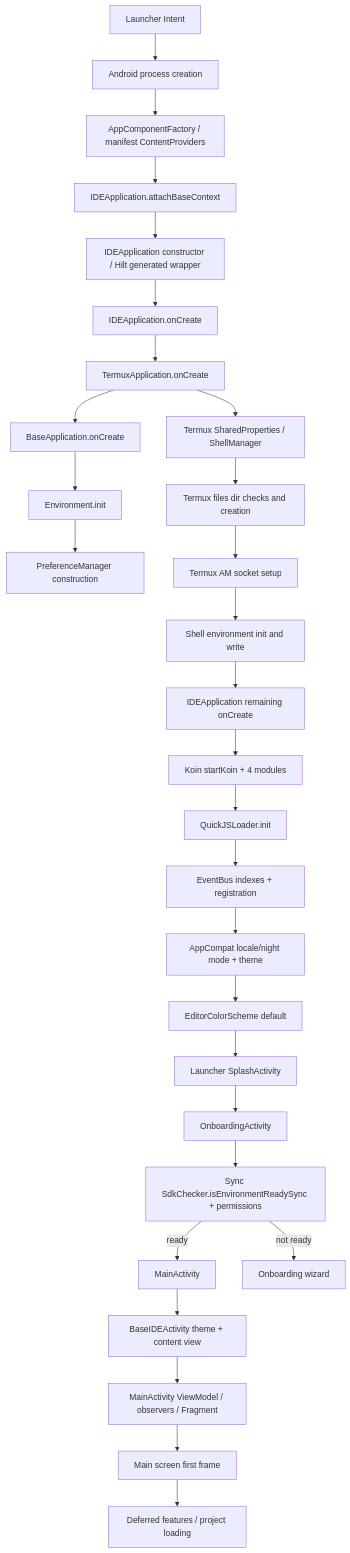
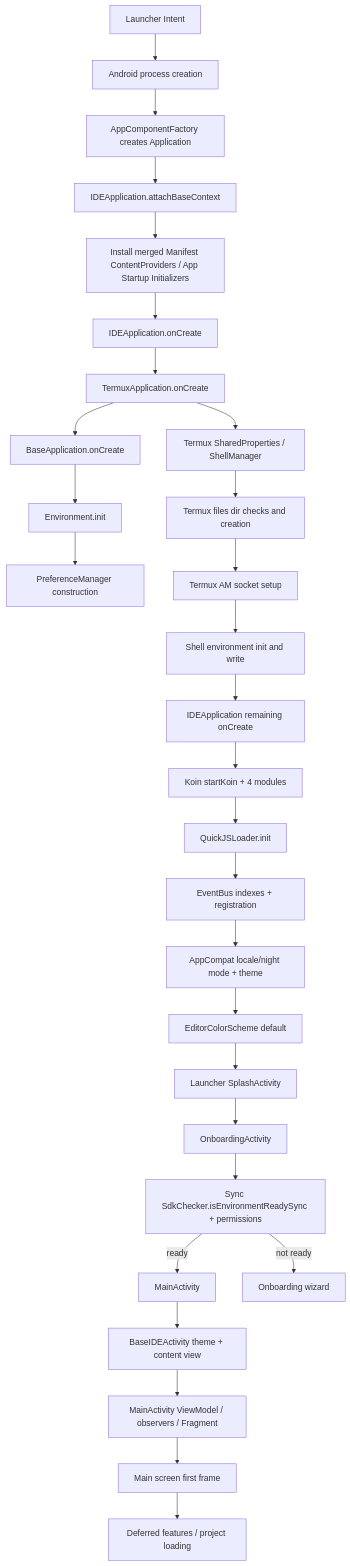
The first of 2 diagrams in docs/performance/zero-studio-cold-start-analysis.md (msmt2018/ZeroStudio), drawn with Mermaid before and after one commit. The commit also changed other lines of this file, not shown here.

Commit message:
docs(performance): correct Android provider startup ordering

````diff
--- a/docs/performance/zero-studio-cold-start-analysis.md
+++ b/docs/performance/zero-studio-cold-start-analysis.md
@@ -24,31 +24,31 @@
 ```mermaid
 flowchart TD
     A[Launcher Intent] --> B[Android process creation]
-    B --> C[AppComponentFactory / manifest ContentProviders]
+    B --> C[AppComponentFactory creates Application]
     C --> D[IDEApplication.attachBaseContext]
-    D --> E[IDEApplication constructor / Hilt generated wrapper]
+    D --> E[Install merged Manifest ContentProviders / App Startup Initializers]
     E --> F[IDEApplication.onCreate]
     F --> G[TermuxApplication.onCreate]
     G --> H[BaseApplication.onCreate]
     H --> H1[Environment.init]
     H1 --> H2[PreferenceManager construction]
     G --> I[Termux SharedProperties / ShellManager]
     I --> I1[Termux files dir checks and creation]
     I1 --> I2[Termux AM socket setup]
     I2 --> I3[Shell environment init and write]
     I3 --> J[IDEApplication remaining onCreate]
     J --> J1[Koin startKoin + 4 modules]
     J1 --> J2[QuickJSLoader.init]
     J2 --> J3[EventBus indexes + registration]
     J3 --> J4[AppCompat locale/night mode + theme]
     J4 --> J5[EditorColorScheme default]
     J5 --> K[Launcher SplashActivity]
     K --> L[OnboardingActivity]
     L --> M[Sync SdkChecker.isEnvironmentReadySync + permissions]
     M -->|ready| N[MainActivity]
     M -->|not ready| O[Onboarding wizard]
     N --> P[BaseIDEActivity theme + content view]
     P --> Q[MainActivity ViewModel / observers / Fragment]
     Q --> R[Main screen first frame]
     R --> S[Deferred features / project loading]
 ```
````
